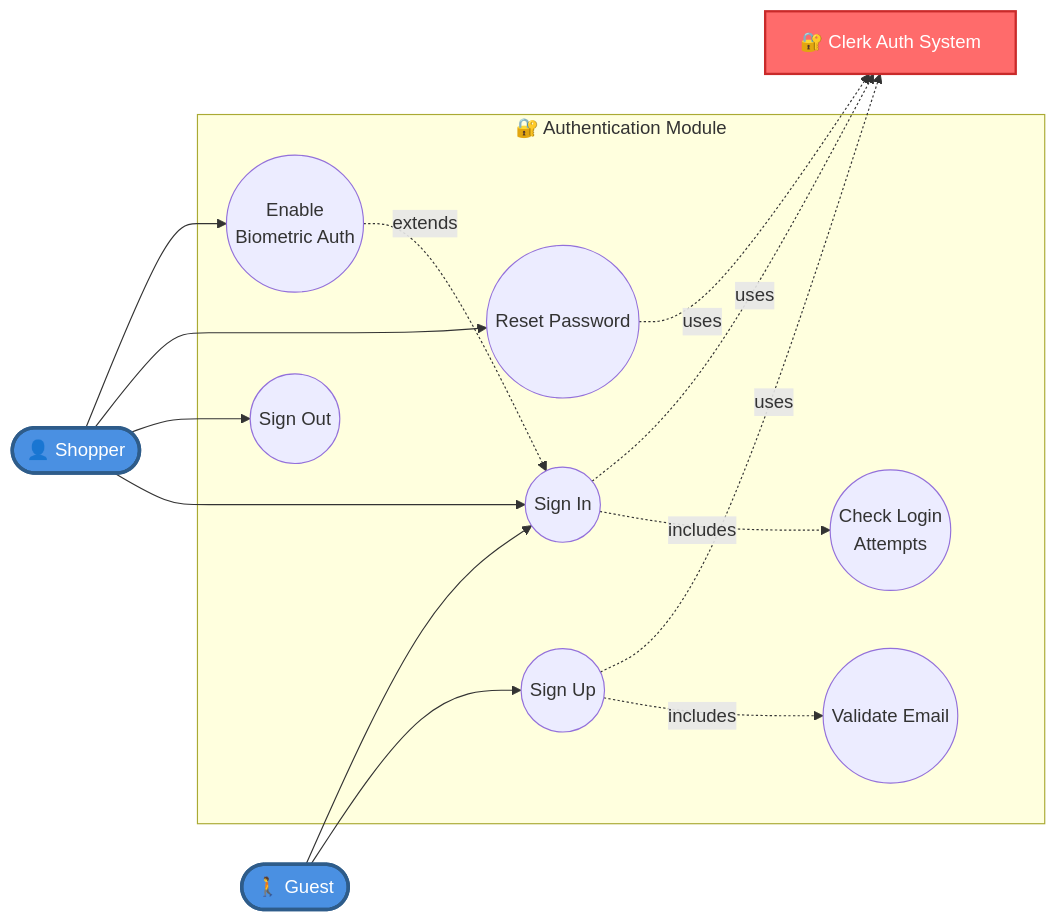
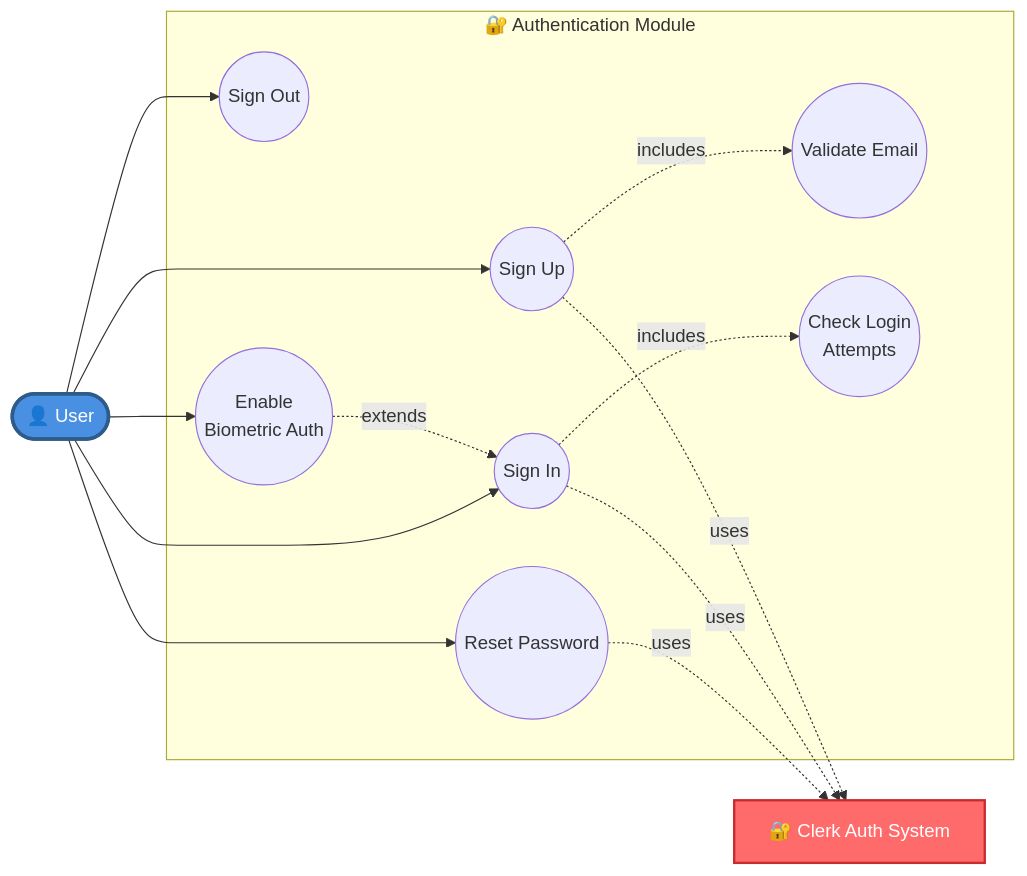
The second of 6 diagrams in docs/USE_CASE_DIAGRAM.md (MessiahRailey-29/CapstoneProject), drawn with Mermaid before and after one commit. The commit also changed other lines of this file, not shown here.

First line of the commit message:
Simplify use case diagrams to use single User actor

````diff
--- a/docs/USE_CASE_DIAGRAM.md
+++ b/docs/USE_CASE_DIAGRAM.md
@@ -157,37 +145,35 @@
 ```mermaid
 flowchart LR
-    %% Actors
-    Shopper([👤 Shopper])
-    Guest([🚶 Guest])
+    %% Actor
+    User([👤 User])
     Clerk[🔐 Clerk Auth System]
 
     subgraph AUTH["🔐 Authentication Module"]
         UC1((Sign Up))
         UC2((Sign In))
         UC3((Sign Out))
         UC4((Reset Password))
         UC5((Enable<br/>Biometric Auth))
 
         UC1 -.->|includes| ValidateEmail((Validate Email))
         UC2 -.->|includes| CheckAttempts((Check Login<br/>Attempts))
         UC5 -.->|extends| UC2
     end
 
     %% Connections
-    Shopper --> UC2
-    Shopper --> UC3
-    Shopper --> UC4
-    Shopper --> UC5
-    Guest --> UC1
-    Guest --> UC2
+    User --> UC1
+    User --> UC2
+    User --> UC3
+    User --> UC4
+    User --> UC5
 
     UC1 -.->|uses| Clerk
     UC2 -.->|uses| Clerk
     UC4 -.->|uses| Clerk
 
     %% Styling
     classDef actorStyle fill:#4A90E2,stroke:#2E5C8A,stroke-width:3px,color:#fff
     classDef systemStyle fill:#FF6B6B,stroke:#C92A2A,stroke-width:2px,color:#fff
-    class Shopper,Guest actorStyle
+    class User actorStyle
     class Clerk systemStyle
 ```
````
